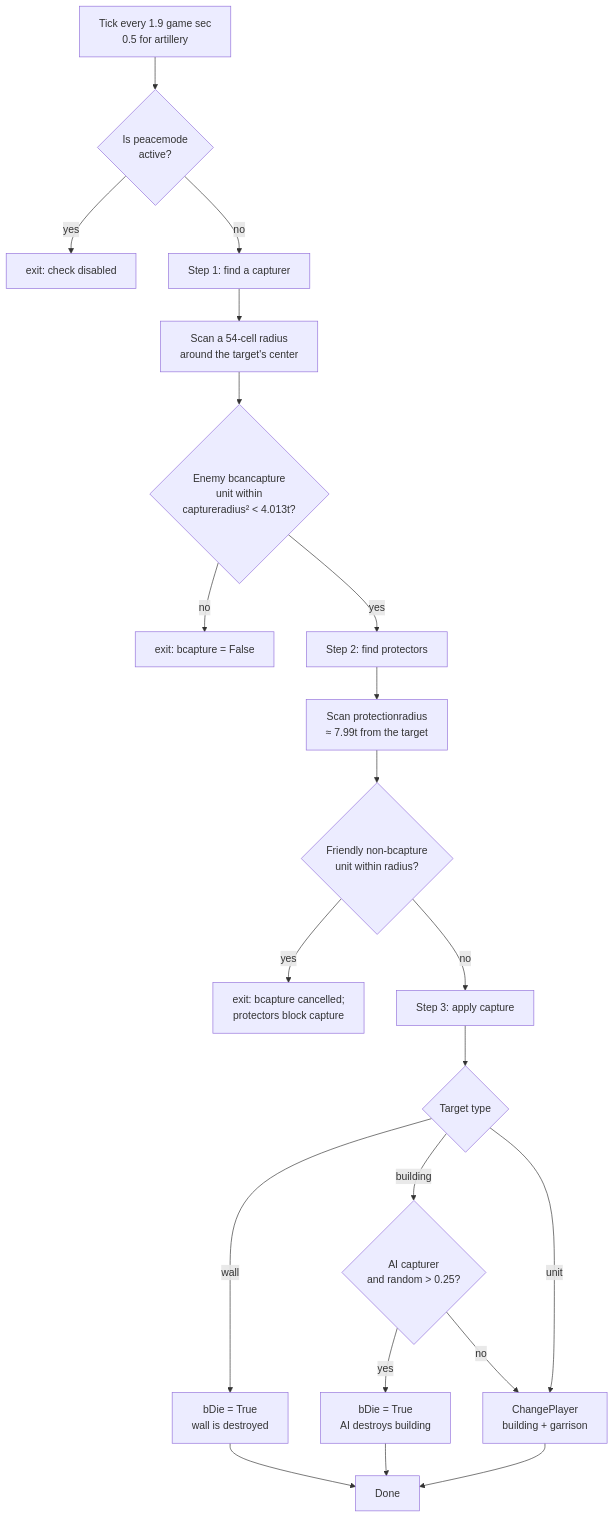
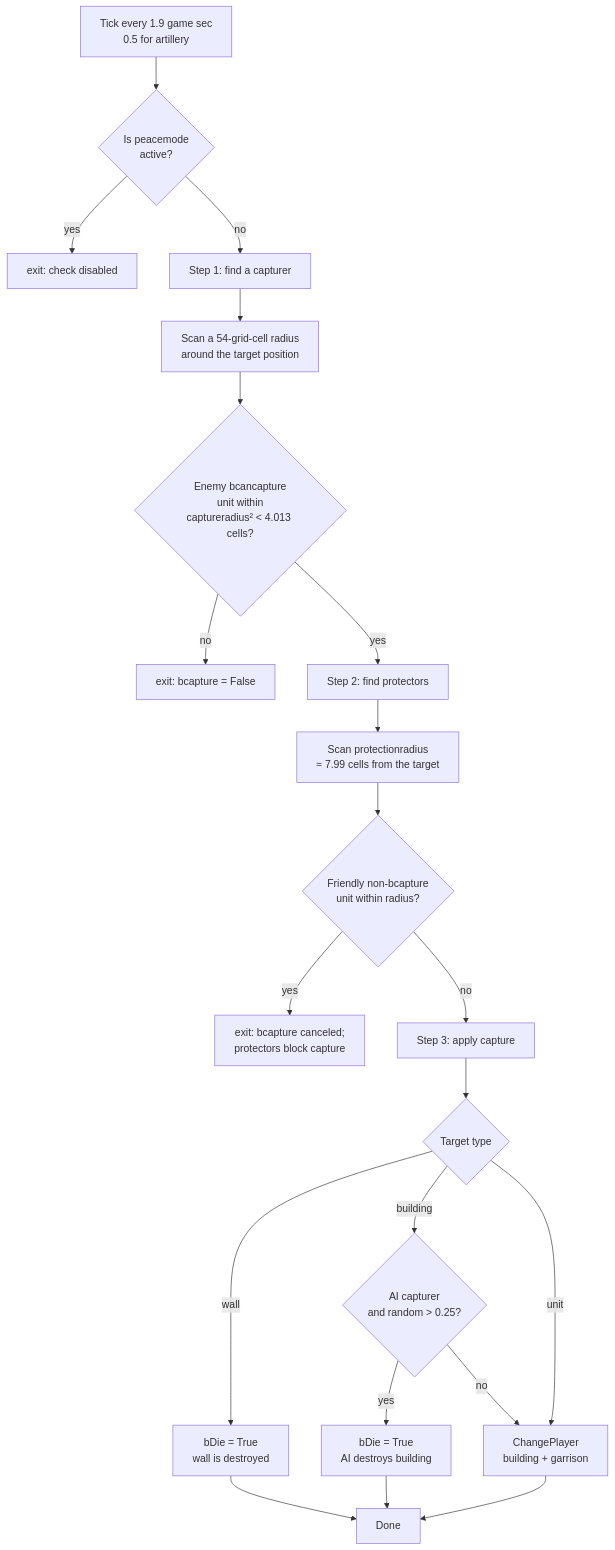
The diagram in internals_en/scripts/capture_mechanics_evidence.md (anyalink99/cossacks-3-almanac), drawn with Mermaid before and after one commit. The commit also changed other lines of this file and 246 other files, not shown here.

````diff
--- a/internals_en/scripts/capture_mechanics_evidence.md
+++ b/internals_en/scripts/capture_mechanics_evidence.md
@@ -141,23 +148,23 @@
 ```mermaid
 flowchart TD
     Tick[Tick every 1.9 game sec<br/>0.5 for artillery] --> Peace{Is peacemode<br/>active?}
     Peace -- yes --> Stop1[exit: check disabled]
     Peace -- no --> Step1[Step 1: find a capturer]
-    Step1 --> Scan[Scan a 54-cell radius<br/>around the target's center]
-    Scan --> Found{Enemy bcancapture<br/>unit within<br/>captureradius² &lt; 4.013t?}
+    Step1 --> Scan[Scan a 54-grid-cell radius<br/>around the target position]
+    Scan --> Found{Enemy bcancapture<br/>unit within<br/>captureradius² &lt; 4.013 cells?}
     Found -- no --> Stop2[exit: bcapture = False]
     Found -- yes --> Step2[Step 2: find protectors]
-    Step2 --> Scan2[Scan protectionradius<br/>≈ 7.99t from the target]
+    Step2 --> Scan2[Scan protectionradius<br/>≈ 7.99 cells from the target]
     Scan2 --> Prot{Friendly non-bcapture<br/>unit within radius?}
-    Prot -- yes --> Stop3[exit: bcapture cancelled;<br/>protectors block capture]
+    Prot -- yes --> Stop3[exit: bcapture canceled;<br/>protectors block capture]
     Prot -- no --> Step3[Step 3: apply capture]
     Step3 --> Type{Target type}
     Type -- wall --> Die1[bDie = True<br/>wall is destroyed]
     Type -- building --> AICheck{AI capturer<br/>and random &gt; 0.25?}
     AICheck -- yes --> Die2[bDie = True<br/>AI destroys building]
     AICheck -- no --> Change[ChangePlayer<br/>building + garrison]
     Type -- unit --> Change
     Change --> Done[Done]
     Die1 --> Done
     Die2 --> Done
 ```
````
